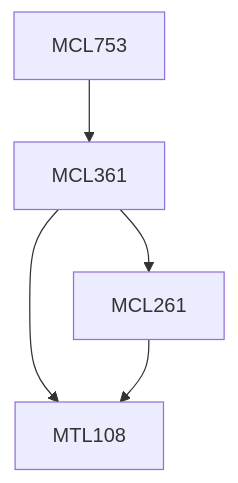
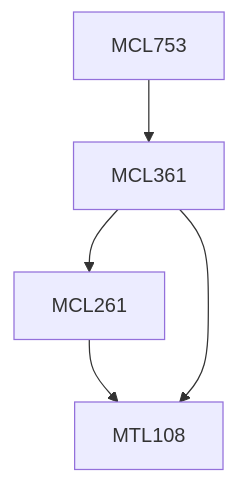
One commit to KeshavBansal0122/CoS_Website changed the diagram in content/Mechanical Engineering/MCL753.md. Above: the diagram before and after it, drawn with Mermaid. The commit also changed other lines of this file and 392 other files, not shown here.

````diff
--- a/content/Mechanical Engineering/MCL753.md
+++ b/content/Mechanical Engineering/MCL753.md
@@ -13,11 +13,11 @@
 ```mermaid
 flowchart TD
 MCL753-465[MCL753]
+MCL361-465 --> MCL261-465[MCL261]
+MCL261-465 --> MTL108-465[MTL108]
+MCL361-465 --> MTL108-465[MTL108]
 MCL753-465 --> MCL361-465[MCL361]
-MCL361-465 --> MTL108-465[MTL108]
-MCL261-465 --> MTL108-465[MTL108]
-MCL361-465 --> MCL261-465[MCL261]
 
 classDef empty height:17px, fill:transparent, stroke:transparent;
 classDef trueEmpty height:0px, width:0px;
 ```
````
